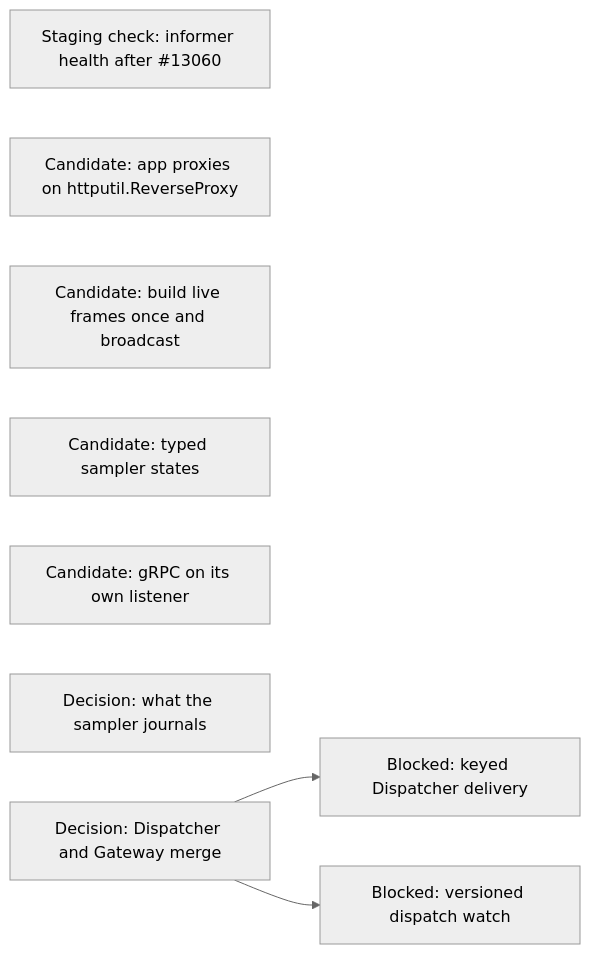
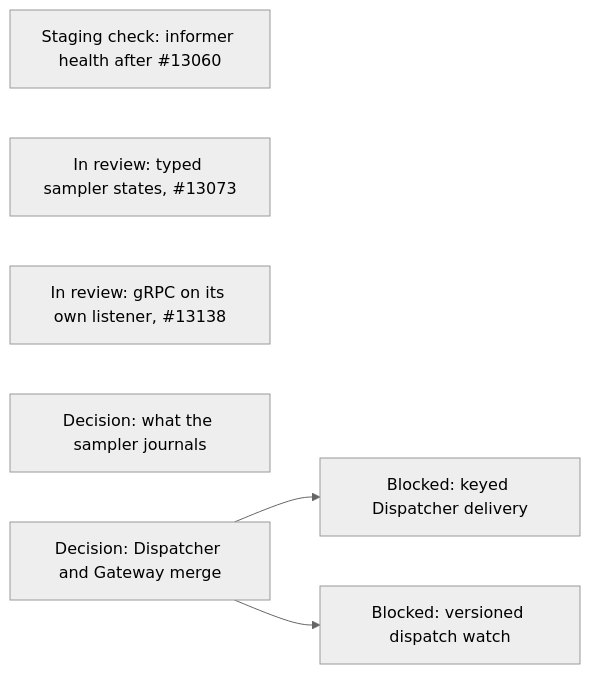
Before and after one commit to agentydragon/ducktape: diagram 18 of 18 in agentplane/plans/task_dag.md, drawn with Mermaid (neutral theme). The commit also changed other lines of this file and 4 other files, not shown here.

````diff
--- a/agentplane/plans/task_dag.md
+++ b/agentplane/plans/task_dag.md
@@ -1869,11 +1869,9 @@
 ```mermaid
 flowchart LR
     KUBERNETES_NATIVE_WATCH_HEALTH[Staging check: informer health after #13060]
-    APP_PROXY_REVERSE_PROXY[Candidate: app proxies on httputil.ReverseProxy]
-    APP_LIVE_FRAME_BROADCAST[Candidate: build live frames once and broadcast]
-    SAMPLER_TYPED_STATE[Candidate: typed sampler states]
-    GRPC_NATIVE_LISTENER[Candidate: gRPC on its own listener]
+    SAMPLER_TYPED_STATE[In review: typed sampler states, #13073]
+    GRPC_NATIVE_LISTENER[In review: gRPC on its own listener, #13138]
     SAMPLER_JOURNAL_DIET[Decision: what the sampler journals]
     DISPATCHER_PERSISTENCE_MODEL_DESIGN[Decision: Dispatcher and Gateway merge] --> DISPATCHER_KEYED_DELIVERY[Blocked: keyed Dispatcher delivery]
     DISPATCHER_PERSISTENCE_MODEL_DESIGN --> DISPATCHER_WATCH_VERSIONS[Blocked: versioned dispatch watch]
 ```
````
